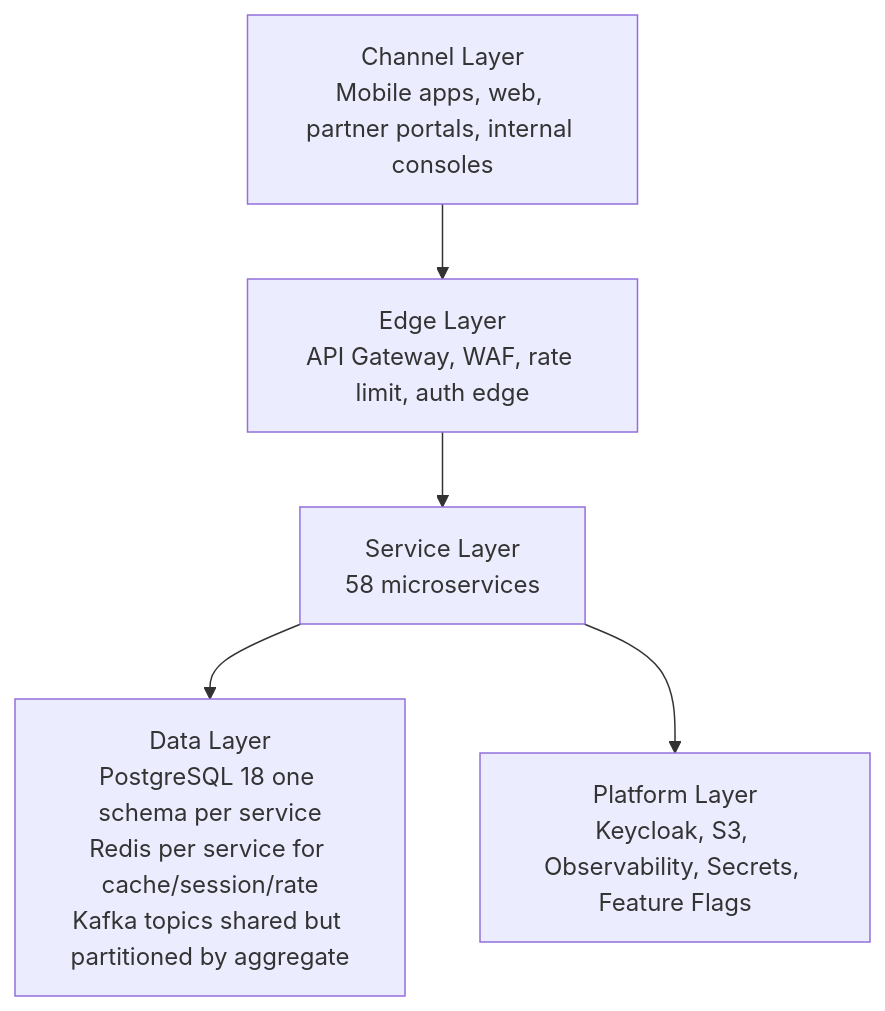
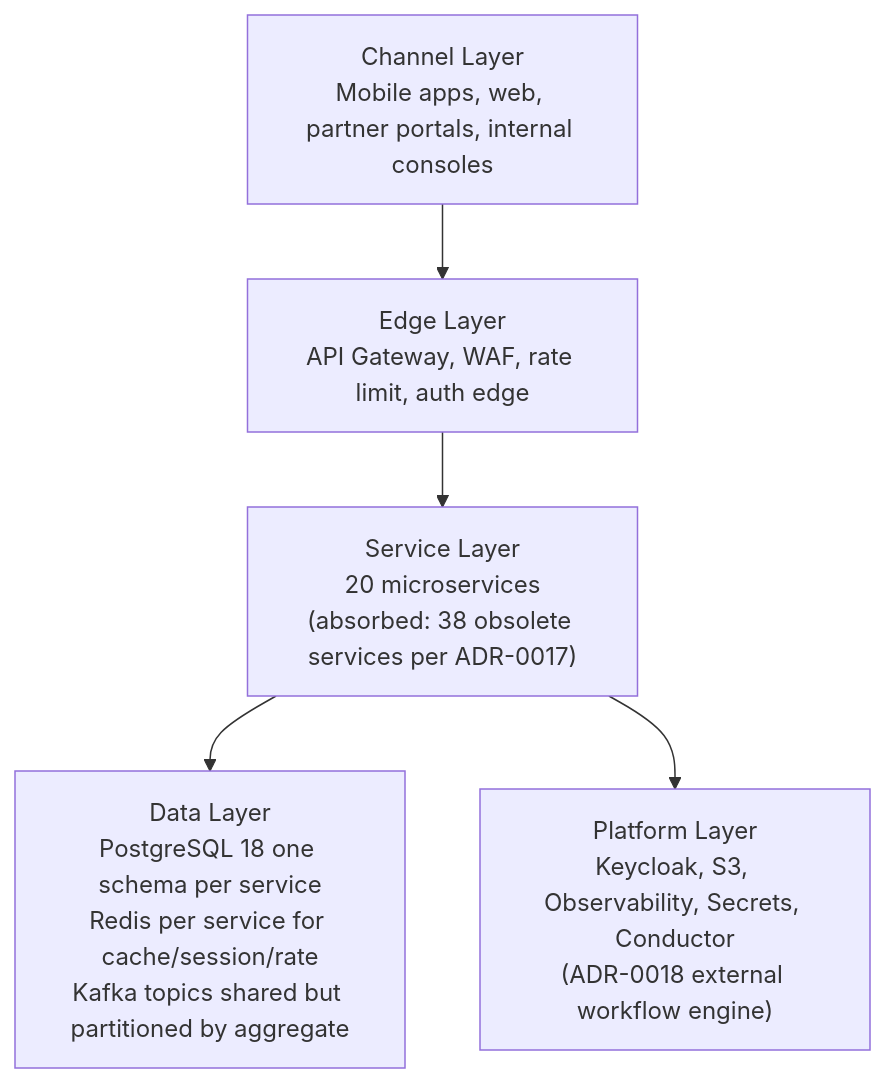
The diagram in docs/architecture/ARCHITECTURE.md (mohamedhabibwork/trips-enjoy-docs), drawn with Mermaid before and after one commit. The commit also changed other lines of this file and 245 other files, not shown here.

````diff
--- a/docs/architecture/ARCHITECTURE.md
+++ b/docs/architecture/ARCHITECTURE.md
@@ -12,13 +14,13 @@
 ```mermaid
 graph TB
-    L0[Channel Layer<br/>Mobile apps, web, partner portals, internal consoles]
-    L1[Edge Layer<br/>API Gateway, WAF, rate limit, auth edge]
-    L2[Service Layer<br/>58 microservices]
-    L3[Data Layer<br/>PostgreSQL 18 one schema per service<br/>Redis per service for cache/session/rate<br/>Kafka topics shared but partitioned by aggregate]
-    L4[Platform Layer<br/>Keycloak, S3, Observability, Secrets, Feature Flags]
+    L0["Channel Layer<br/>Mobile apps, web, partner portals, internal consoles"]
+    L1["Edge Layer<br/>API Gateway, WAF, rate limit, auth edge"]
+    L2["Service Layer<br/>20 microservices<br/>(absorbed: 38 obsolete services per ADR-0017)"]
+    L3["Data Layer<br/>PostgreSQL 18 one schema per service<br/>Redis per service for cache/session/rate<br/>Kafka topics shared but partitioned by aggregate"]
+    L4["Platform Layer<br/>Keycloak, S3, Observability, Secrets, Conductor<br/>(ADR-0018 external workflow engine)"]
 
     L0 --> L1
     L1 --> L2
     L2 --> L3
     L2 --> L4
 ```
````
